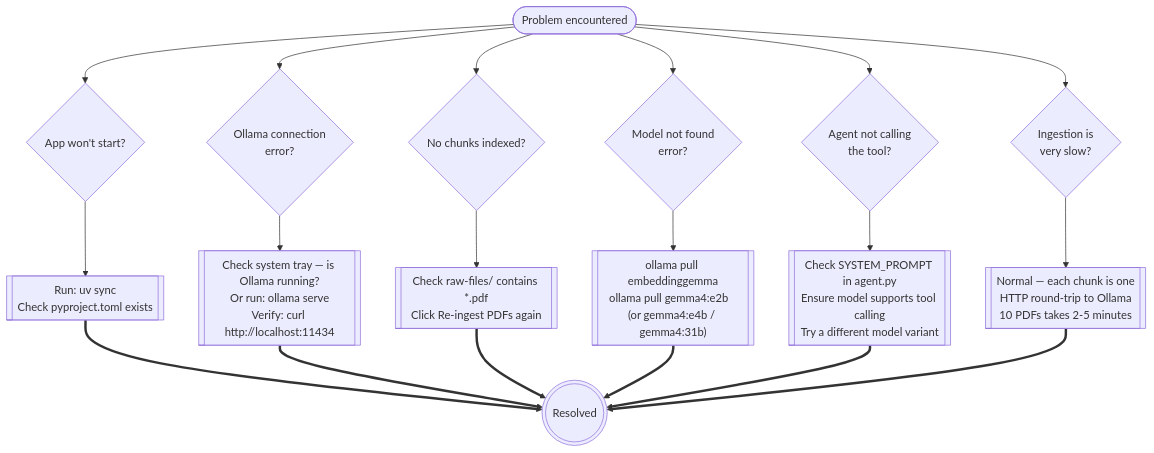
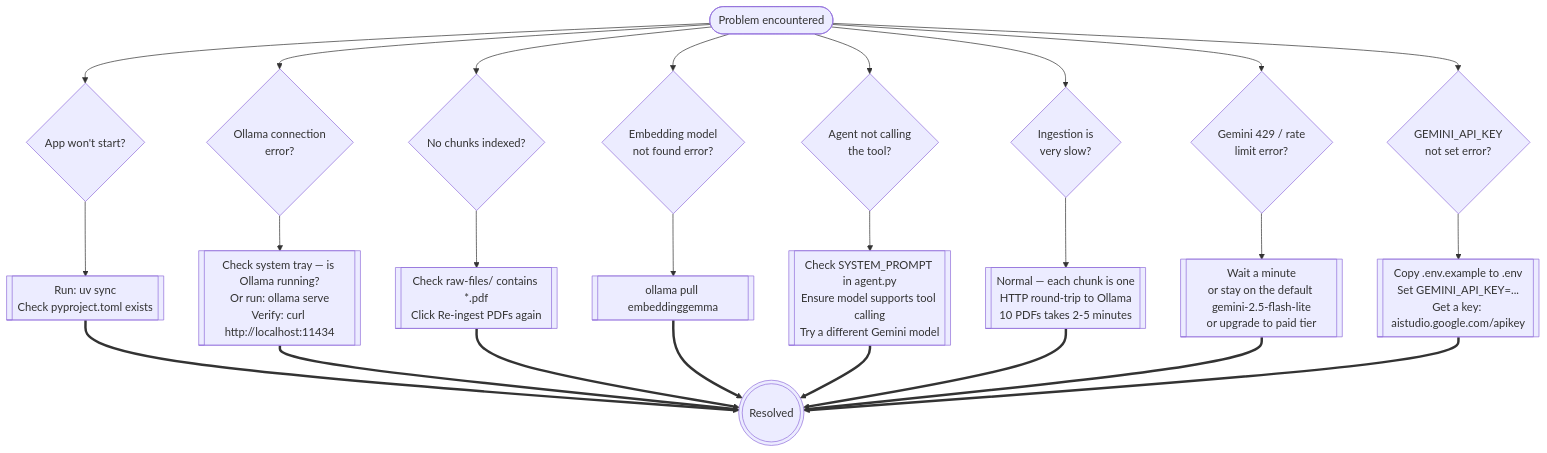
The third of 3 diagrams in docs/implementation/setup.md (AWDubs/Local-RAG), drawn with Mermaid before and after one commit. The commit also changed other lines of this file and 11 other files, not shown here.

````diff
--- a/docs/implementation/setup.md
+++ b/docs/implementation/setup.md
@@ -135,41 +135,51 @@
 ```mermaid
 flowchart TD
     accTitle: Troubleshooting decision tree
     accDescr: Common failure modes and their fixes.
 
     prob@{ shape: stadium, label: "Problem encountered" }
 
     q1@{ shape: diam, label: "App won't start?" }
     fix1@{ shape: subproc, label: "Run: uv sync\nCheck pyproject.toml exists" }
 
     q2@{ shape: diam, label: "Ollama connection\nerror?" }
     fix2@{ shape: subproc, label: "Check system tray — is Ollama running?\nOr run: ollama serve\nVerify: curl http://localhost:11434" }
 
     q3@{ shape: diam, label: "No chunks indexed?" }
     fix3@{ shape: subproc, label: "Check raw-files/ contains *.pdf\nClick Re-ingest PDFs again" }
 
-    q4@{ shape: diam, label: "Model not found\nerror?" }
-    fix4@{ shape: subproc, label: "ollama pull embeddinggemma\nollama pull gemma4:e2b   (or gemma4:e4b / gemma4:31b)" }
+    q4@{ shape: diam, label: "Embedding model\nnot found error?" }
+    fix4@{ shape: subproc, label: "ollama pull embeddinggemma" }
 
     q5@{ shape: diam, label: "Agent not calling\nthe tool?" }
-    fix5@{ shape: subproc, label: "Check SYSTEM_PROMPT in agent.py\nEnsure model supports tool calling\nTry a different model variant" }
+    fix5@{ shape: subproc, label: "Check SYSTEM_PROMPT in agent.py\nEnsure model supports tool calling\nTry a different Gemini model" }
 
     q6@{ shape: diam, label: "Ingestion is\nvery slow?" }
     fix6@{ shape: subproc, label: "Normal — each chunk is one\nHTTP round-trip to Ollama\n10 PDFs takes 2-5 minutes" }
+
+    q7@{ shape: diam, label: "Gemini 429 / rate\nlimit error?" }
+    fix7@{ shape: subproc, label: "Wait a minute\nor stay on the default gemini-2.5-flash-lite\nor upgrade to paid tier" }
+
+    q8@{ shape: diam, label: "GEMINI_API_KEY\nnot set error?" }
+    fix8@{ shape: subproc, label: "Copy .env.example to .env\nSet GEMINI_API_KEY=...\nGet a key: aistudio.google.com/apikey" }
 
     done_t@{ shape: dbl-circ, label: "Resolved" }
 
     prob --> q1
     prob --> q2
     prob --> q3
     prob --> q4
     prob --> q5
     prob --> q6
+    prob --> q7
+    prob --> q8
     q1 --> fix1
     q2 --> fix2
     q3 --> fix3
     q4 --> fix4
     q5 --> fix5
     q6 --> fix6
-    fix1 & fix2 & fix3 & fix4 & fix5 & fix6 ==> done_t
+    q7 --> fix7
+    q8 --> fix8
+    fix1 & fix2 & fix3 & fix4 & fix5 & fix6 & fix7 & fix8 ==> done_t
 ```
````
